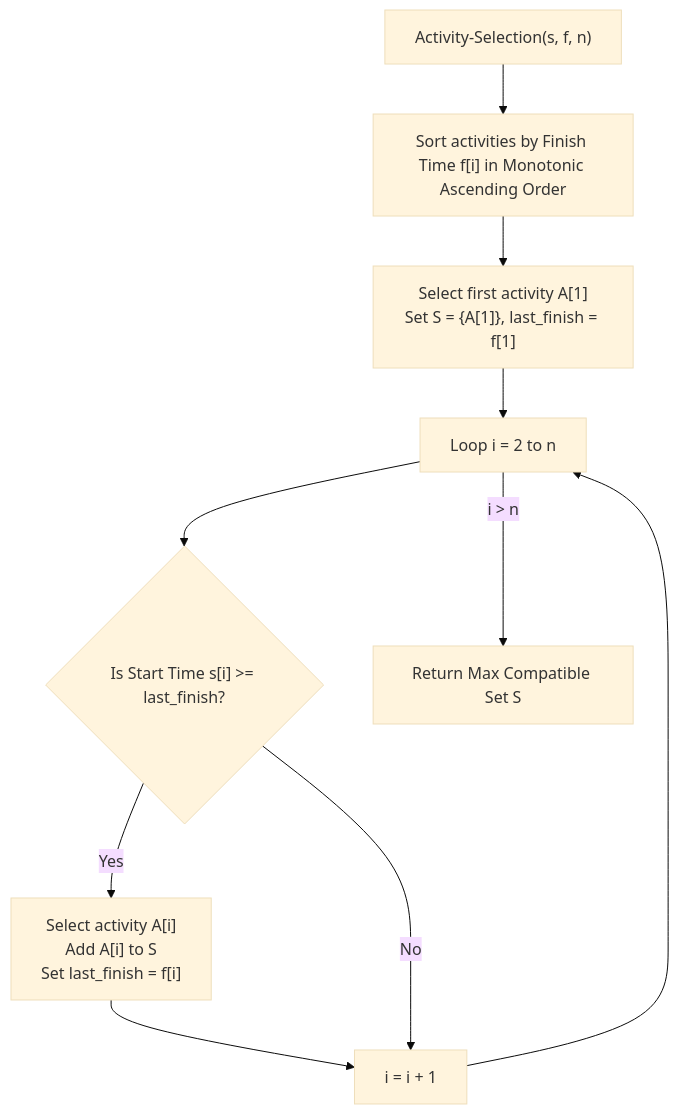
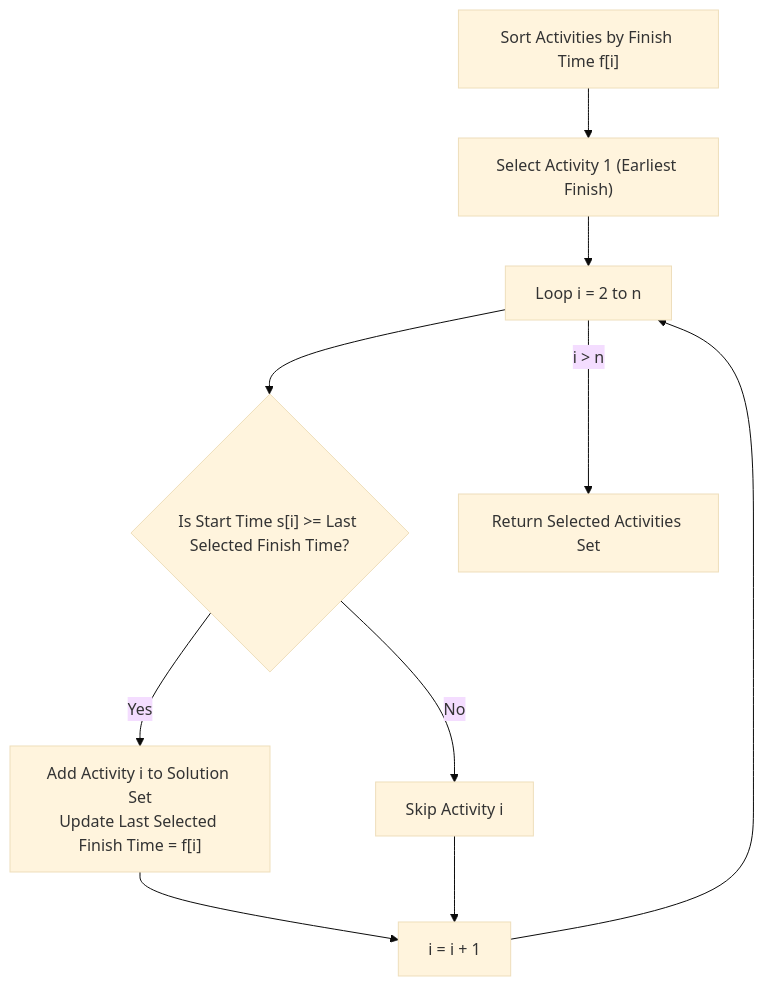
One commit to DeepLumiere/DeepSkills changed the second of 3 diagrams in notes/design_and_analysis_of_algorithms/Unit_05_Greedy_Algorithms.md. Above: the diagram before and after it, drawn with Mermaid (base theme). The commit also changed other lines of this file and 2 other files, not shown here.

Commit message:
docs: enhance DAA Unit-III and Unit-V notes with full coverage, diagrams and widgets

````diff
--- a/notes/design_and_analysis_of_algorithms/Unit_05_Greedy_Algorithms.md
+++ b/notes/design_and_analysis_of_algorithms/Unit_05_Greedy_Algorithms.md
@@ -189,10 +164,10 @@
 ```mermaid
 flowchart TD
-    Start["Activity-Selection(s, f, n)"] --> Sort["Sort activities by Finish Time f[i] in Monotonic Ascending Order"]
-    Sort --> SelectFirst["Select first activity A[1]<br>Set S = {A[1]}, last_finish = f[1]"]
+    Start["Sort Activities by Finish Time f[i]"] --> SelectFirst["Select Activity 1 (Earliest Finish)"]
     SelectFirst --> Loop["Loop i = 2 to n"]
-    Loop --> CheckCompat{"Is Start Time s[i] >= last_finish?"}
-    CheckCompat -- Yes --> AddAct["Select activity A[i]<br>Add A[i] to S<br>Set last_finish = f[i]"] --> NextA["i = i + 1"] --> Loop
-    CheckCompat -- No --> NextA
-    Loop -- "i > n" --> Done["Return Max Compatible Set S"]
+    Loop --> Check{"Is Start Time s[i] >= Last Selected Finish Time?"}
+    Check -- Yes --> Accept["Add Activity i to Solution Set<br>Update Last Selected Finish Time = f[i]"] --> Next["i = i + 1"]
+    Check -- No --> Reject["Skip Activity i"] --> Next
+    Next --> Loop
+    Loop -- "i > n" --> Done["Return Selected Activities Set"]
 ```
````
